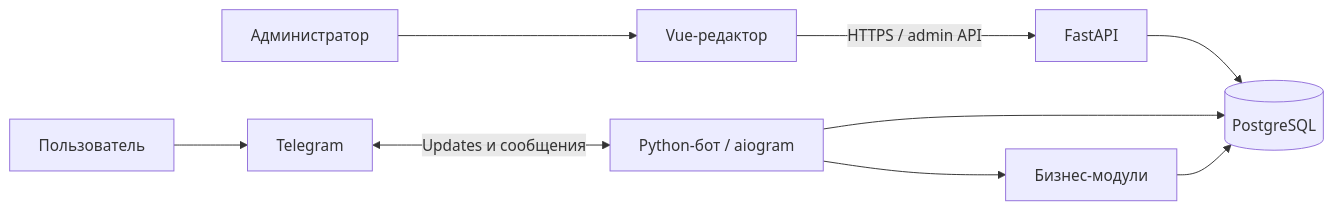
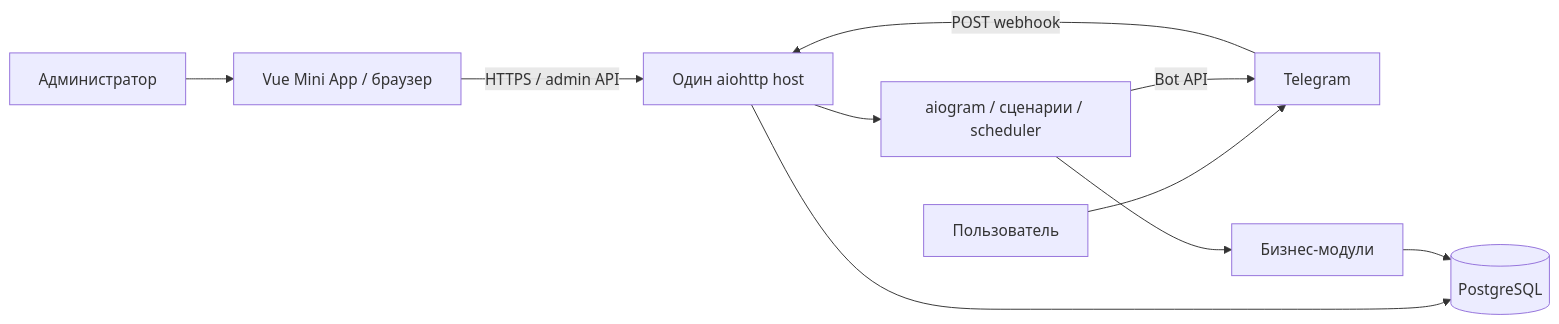
Before and after one commit to usbtypec1/manashelper: the first of 2 diagrams in docs/ARCHITECTURE.md, drawn with Mermaid. The commit also changed other lines of this file and 219 other files, not shown here.

Commit message:
feat: compose UI flows and migrate settings navigation

````diff
--- a/docs/ARCHITECTURE.md
+++ b/docs/ARCHITECTURE.md
@@ -46,11 +49,12 @@
 ```mermaid
 flowchart LR
-    Admin["Администратор"] --> Editor["Vue-редактор"]
-    Editor -->|"HTTPS / admin API"| API["FastAPI"]
-    API --> DB[("PostgreSQL")]
+    Admin["Администратор"] --> Editor["Vue Mini App / браузер"]
+    Editor -->|"HTTPS / admin API"| Host["Один aiohttp host"]
     User["Пользователь"] --> Telegram["Telegram"]
-    Telegram <-->|"Updates и сообщения"| Bot["Python-бот / aiogram"]
-    Bot --> DB
+    Telegram -->|"POST webhook"| Host
+    Host --> Bot["aiogram / сценарии / scheduler"]
+    Bot -->|"Bot API"| Telegram
+    Host --> DB[("PostgreSQL")]
     Bot --> Features["Бизнес-модули"]
     Features --> DB
 ```
````
